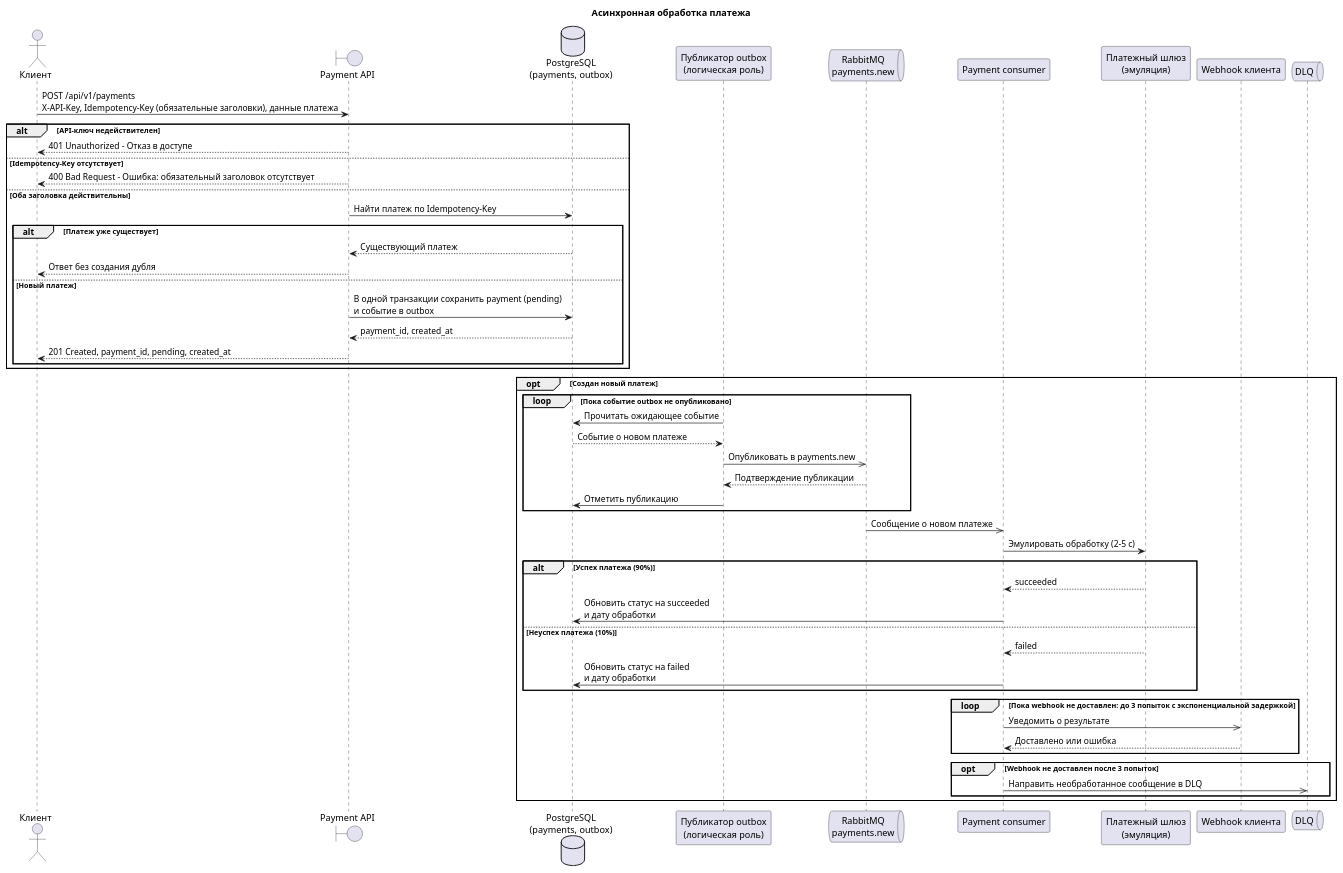
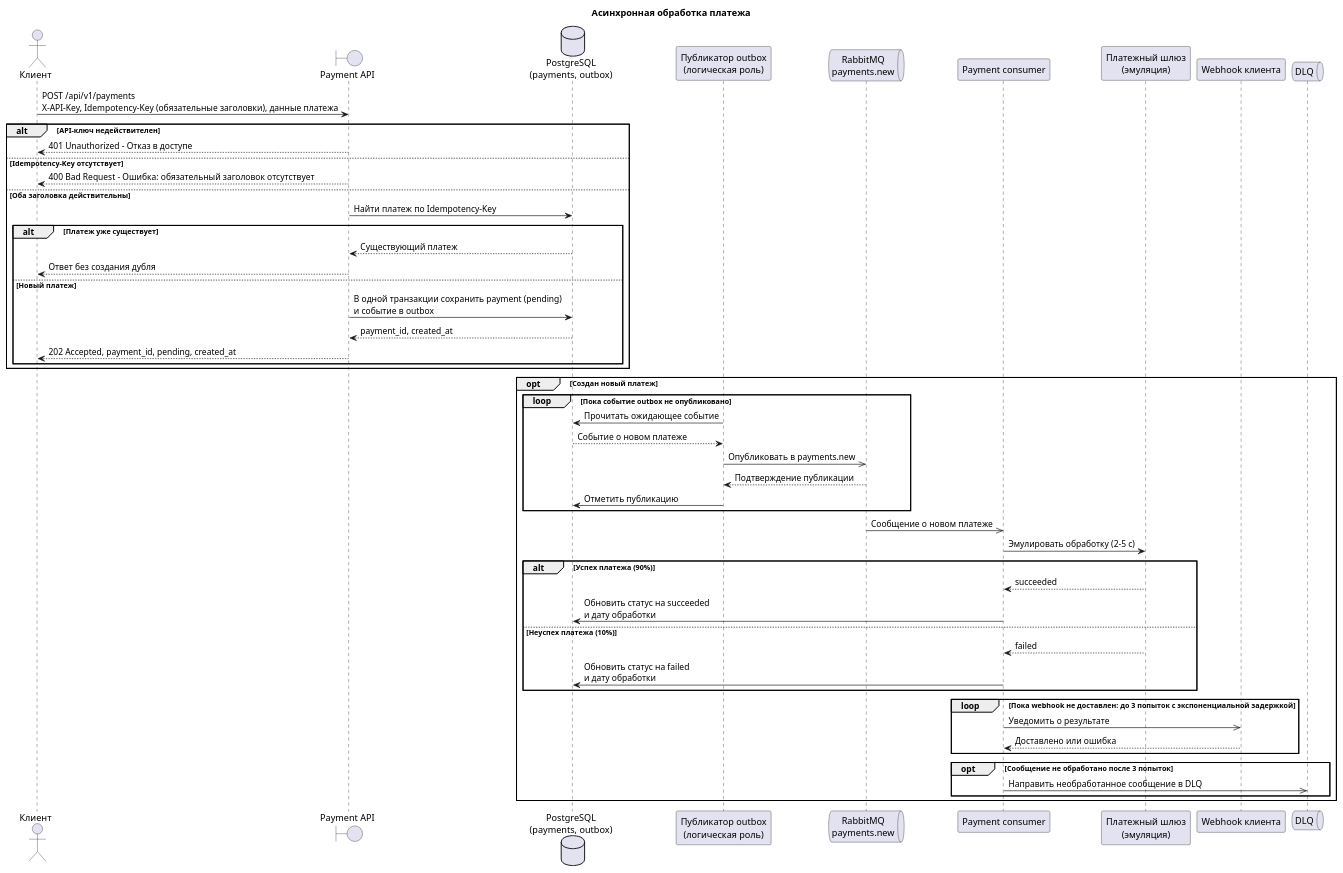
Before and after one commit to devartpy/payment-service: the diagram in docs/architecture/diagrams/payment-processing-sequence.puml, drawn with PlantUML. The commit also changed 7 other files, not shown here.

```diff
--- a/docs/architecture/diagrams/payment-processing-sequence.puml
+++ b/docs/architecture/diagrams/payment-processing-sequence.puml
@@ -1,58 +1,58 @@
 @startuml
 title Асинхронная обработка платежа
 
 actor "Клиент" as Client
 boundary "Payment API" as API
 database "PostgreSQL\n(payments, outbox)" as DB
 participant "Публикатор outbox\n(логическая роль)" as Publisher
 queue "RabbitMQ\npayments.new" as Queue
 participant "Payment consumer" as Consumer
 participant "Платежный шлюз\n(эмуляция)" as Gateway
 participant "Webhook клиента" as Webhook
 queue "DLQ" as DLQ
 
 Client -> API: POST /api/v1/payments\nX-API-Key, Idempotency-Key (обязательные заголовки), данные платежа
 alt API-ключ недействителен
   API --> Client: 401 Unauthorized - Отказ в доступе
 else Idempotency-Key отсутствует
   API --> Client: 400 Bad Request - Ошибка: обязательный заголовок отсутствует
 else Оба заголовка действительны
   API -> DB: Найти платеж по Idempotency-Key
   alt Платеж уже существует
     DB --> API: Существующий платеж
     API --> Client: Ответ без создания дубля
   else Новый платеж
     API -> DB: В одной транзакции сохранить payment (pending)\nи событие в outbox
     DB --> API: payment_id, created_at
-    API --> Client: 201 Created, payment_id, pending, created_at
+    API --> Client: 202 Accepted, payment_id, pending, created_at
   end
 end
 
 opt Создан новый платеж
   loop Пока событие outbox не опубликовано
     Publisher -> DB: Прочитать ожидающее событие
     DB --> Publisher: Событие о новом платеже
     Publisher ->> Queue: Опубликовать в payments.new
     Queue --> Publisher: Подтверждение публикации
     Publisher -> DB: Отметить публикацию
   end
 
   Queue ->> Consumer: Сообщение о новом платеже
   Consumer -> Gateway: Эмулировать обработку (2–5 с)
   alt Успех платежа (90%)
     Gateway --> Consumer: succeeded
     Consumer -> DB: Обновить статус на succeeded\nи дату обработки
   else Неуспех платежа (10%)
     Gateway --> Consumer: failed
     Consumer -> DB: Обновить статус на failed\nи дату обработки
   end
 
   loop Пока webhook не доставлен: до 3 попыток с экспоненциальной задержкой
     Consumer ->> Webhook: Уведомить о результате
     Webhook --> Consumer: Доставлено или ошибка
   end
-  opt Webhook не доставлен после 3 попыток
+  opt Сообщение не обработано после 3 попыток
     Consumer ->> DLQ: Направить необработанное сообщение в DLQ
   end
 end
 @enduml
```
